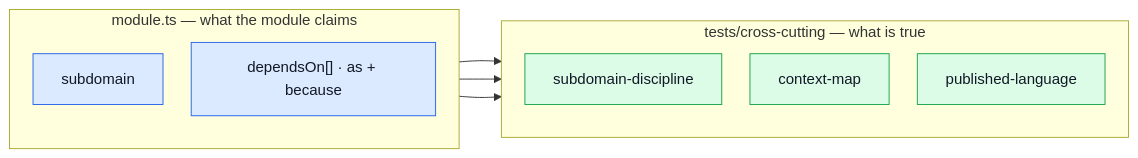
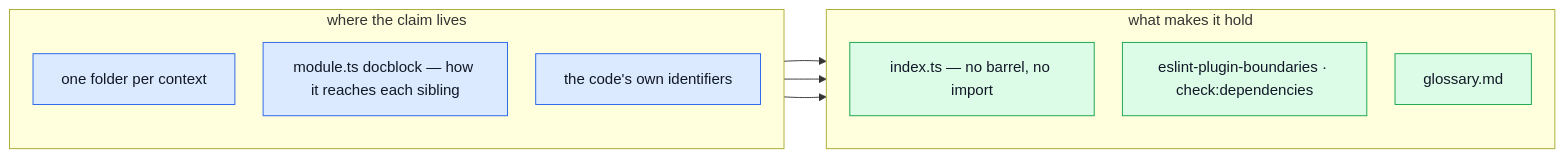
The diagram in docs/theory/strategic-ddd.md (Guebbit/boilerplate-node-backend), drawn with Mermaid before and after one commit. The commit also changed other lines of this file and 73 other files, not shown here.

````diff
--- a/docs/theory/strategic-ddd.md
+++ b/docs/theory/strategic-ddd.md
@@ -31,23 +31,24 @@
 ```mermaid
 %%{init: {'flowchart': {'nodeSpacing': 30, 'rankSpacing': 45}}}%%
 flowchart LR
-    subgraph M["module.ts — what the module claims"]
+    subgraph C["where the claim lives"]
         direction TB
-        S["subdomain"]
-        D["dependsOn[] · as + because"]
+        F["one folder per context"]
+        DB["module.ts docblock — how it reaches each sibling"]
+        ID["the code's own identifiers"]
     end
-    subgraph T["tests/cross-cutting — what is true"]
+    subgraph E["what makes it hold"]
         direction TB
-        SD["subdomain-discipline"]
-        CM["context-map"]
-        PL["published-language"]
+        B["index.ts — no barrel, no import"]
+        EL["eslint-plugin-boundaries · check:dependencies"]
+        G["glossary.md"]
     end
-    S --> SD
-    D --> CM
-    D --> PL
+    F --> B
+    DB --> EL
+    ID --> G
 
     classDef claim fill:#dbeafe,stroke:#2563eb,color:#111827;
     classDef check fill:#dcfce7,stroke:#16a34a,color:#111827;
-    class S,D claim;
-    class SD,CM,PL check;
+    class F,DB,ID claim;
+    class B,EL,G check;
 ```
````
